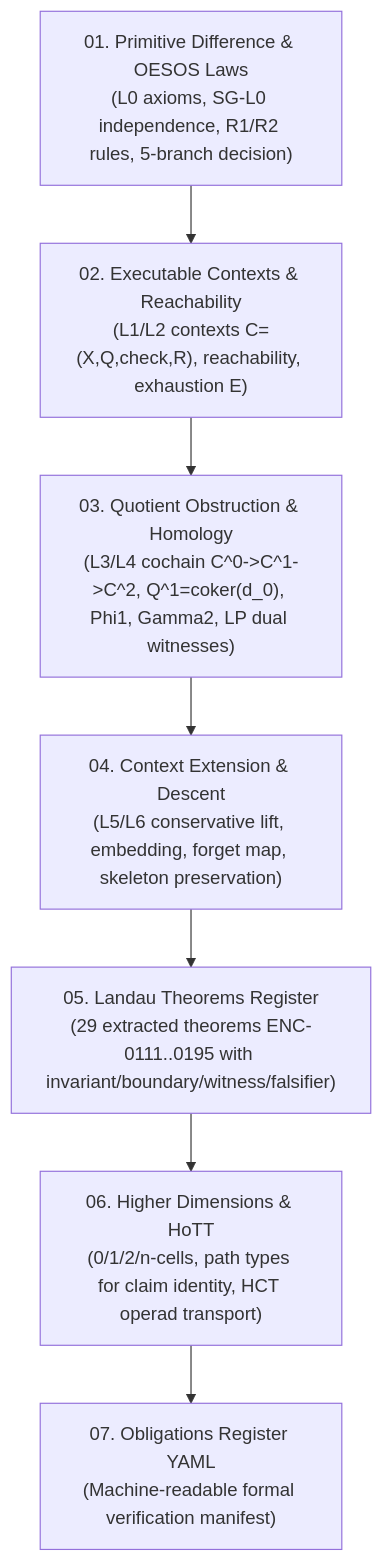
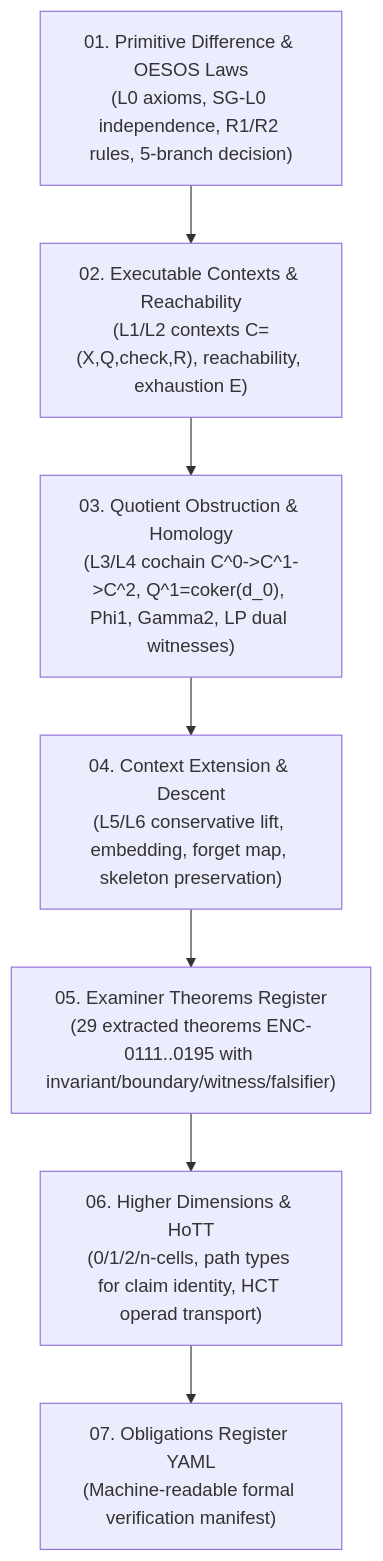
Before and after one commit to dbccpage/proposal_fidelity_protocol_pfp: the diagram in education/004_oepfp/math/oesos_layers_index.md, drawn with Mermaid. The commit also changed other lines of this file and 8328 other files, not shown here.

````diff
--- a/education/004_oepfp/math/oesos_layers_index.md
+++ b/education/004_oepfp/math/oesos_layers_index.md
@@ -16,9 +16,9 @@
 ```mermaid
 graph TD
     A["01. Primitive Difference & OESOS Laws<br/>(L0 axioms, SG-L0 independence, R1/R2 rules, 5-branch decision)"] --> B["02. Executable Contexts & Reachability<br/>(L1/L2 contexts C=(X,Q,check,R), reachability, exhaustion E)"]
     B --> C["03. Quotient Obstruction & Homology<br/>(L3/L4 cochain C^0->C^1->C^2, Q^1=coker(d_0), Phi1, Gamma2, LP dual witnesses)"]
     C --> D["04. Context Extension & Descent<br/>(L5/L6 conservative lift, embedding, forget map, skeleton preservation)"]
-    D --> E["05. Landau Theorems Register<br/>(29 extracted theorems ENC-0111..0195 with invariant/boundary/witness/falsifier)"]
+    D --> E["05. Examiner Theorems Register<br/>(29 extracted theorems ENC-0111..0195 with invariant/boundary/witness/falsifier)"]
     E --> F["06. Higher Dimensions & HoTT<br/>(0/1/2/n-cells, path types for claim identity, HCT operad transport)"]
     F --> G["07. Obligations Register YAML<br/>(Machine-readable formal verification manifest)"]
 ```
````
